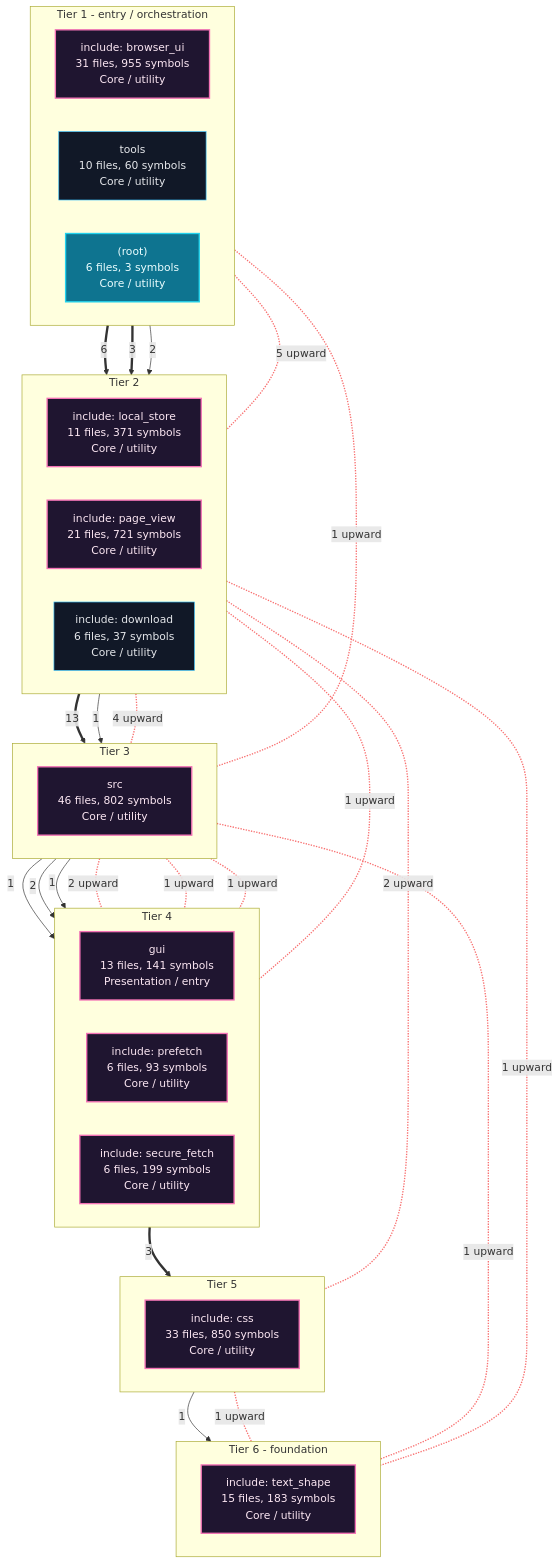
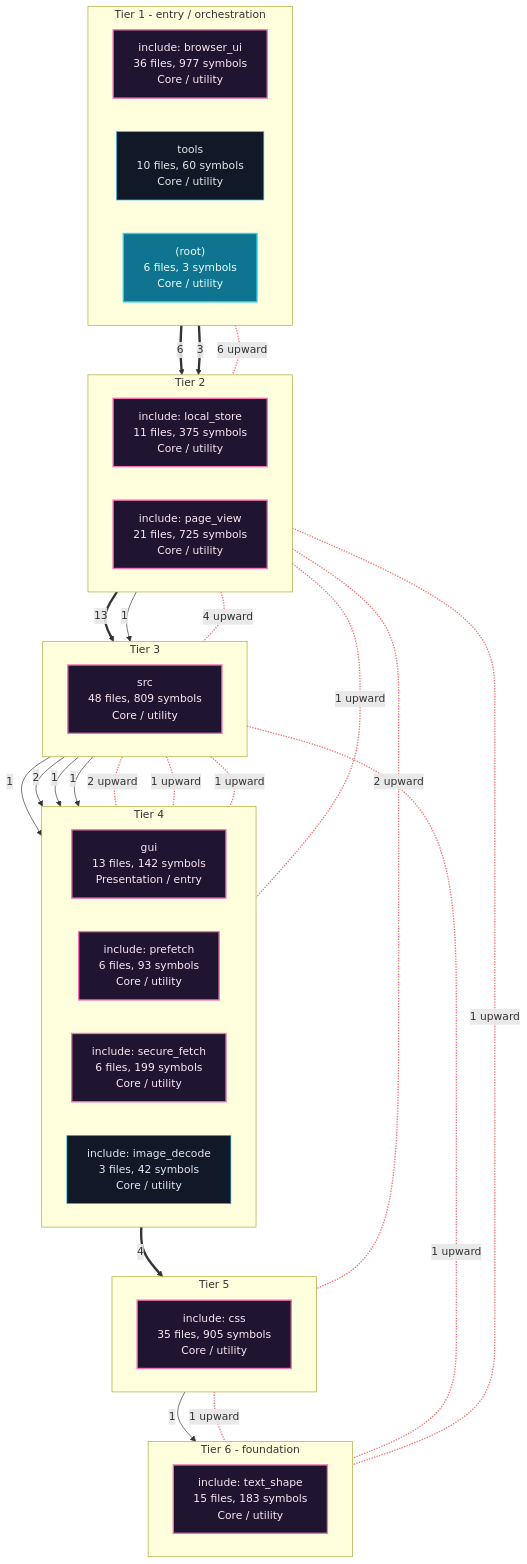
The first of 7 diagrams in readmenator-apidocs/architecture.md (grisuno/FreeDom), drawn with Mermaid before and after one commit. The commit also changed other lines of this file and 1370 other files, not shown here.

````diff
--- a/readmenator-apidocs/architecture.md
+++ b/readmenator-apidocs/architecture.md
@@ -11,63 +11,62 @@
 ```mermaid
 flowchart TB
     classDef cycle fill:#1f1530,stroke:#f472b6,color:#fce7f3,stroke-width:2px;
     classDef default fill:#111827,stroke:#38bdf8,color:#e5e7eb;
     classDef entry fill:#0e7490,stroke:#22d3ee,color:#ecfeff,stroke-width:2px;
     subgraph lane_0["Tier 1 - entry / orchestration"]
         direction LR
-        n_c2["include: browser_ui<br/>31 files, 955 symbols<br/>Core / utility"]:::cycle
+        n_c1["include: browser_ui<br/>36 files, 977 symbols<br/>Core / utility"]:::cycle
         n_d_tools["tools<br/>10 files, 60 symbols<br/>Core / utility"]:::default
         n_d__root_["(root)<br/>6 files, 3 symbols<br/>Core / utility"]:::entry
     end
     subgraph lane_1["Tier 2"]
         direction LR
-        n_c5["include: local_store<br/>11 files, 371 symbols<br/>Core / utility"]:::cycle
-        n_c3["include: page_view<br/>21 files, 721 symbols<br/>Core / utility"]:::cycle
-        n_c8["include: download<br/>6 files, 37 symbols<br/>Core / utility"]:::default
+        n_c5["include: local_store<br/>11 files, 375 symbols<br/>Core / utility"]:::cycle
+        n_c3["include: page_view<br/>21 files, 725 symbols<br/>Core / utility"]:::cycle
     end
     subgraph lane_2["Tier 3"]
         direction LR
-        n_c0["src<br/>46 files, 802 symbols<br/>Core / utility"]:::cycle
+        n_c0["src<br/>48 files, 809 symbols<br/>Core / utility"]:::cycle
     end
     subgraph lane_3["Tier 4"]
         direction LR
-        n_c6["gui<br/>13 files, 141 symbols<br/>Presentation / entry"]:::cycle
-        n_c9["include: prefetch<br/>6 files, 93 symbols<br/>Core / utility"]:::cycle
+        n_c6["gui<br/>13 files, 142 symbols<br/>Presentation / entry"]:::cycle
+        n_c8["include: prefetch<br/>6 files, 93 symbols<br/>Core / utility"]:::cycle
         n_c7["include: secure_fetch<br/>6 files, 199 symbols<br/>Core / utility"]:::cycle
+        n_c9["include: image_decode<br/>3 files, 42 symbols<br/>Core / utility"]:::default
     end
     subgraph lane_4["Tier 5"]
         direction LR
-        n_c1["include: css<br/>33 files, 850 symbols<br/>Core / utility"]:::cycle
+        n_c2["include: css<br/>35 files, 905 symbols<br/>Core / utility"]:::cycle
     end
     subgraph lane_5["Tier 6 - foundation"]
         direction LR
         n_c4["include: text_shape<br/>15 files, 183 symbols<br/>Core / utility"]:::cycle
     end
     n_c0 -->|"1"| n_c6
     n_c0 -->|"2"| n_c7
+    n_c0 -->|"1"| n_c8
     n_c0 -->|"1"| n_c9
-    n_c1 -->|"1"| n_c4
-    n_c2 ==>|"6"| n_c3
-    n_c2 ==>|"3"| n_c5
-    n_c2 -->|"2"| n_c8
+    n_c1 ==>|"6"| n_c3
+    n_c1 ==>|"3"| n_c5
+    n_c2 -->|"1"| n_c4
     n_c3 ==>|"13"| n_c0
     n_c5 -->|"1"| n_c0
-    n_c6 ==>|"3"| n_c1
-    n_c2 <-.-|"1 upward"| n_c0
+    n_c6 ==>|"4"| n_c2
     n_c3 <-.-|"4 upward"| n_c0
-    n_c3 <-.-|"2 upward"| n_c1
-    n_c2 <-.-|"5 upward"| n_c3
+    n_c3 <-.-|"2 upward"| n_c2
+    n_c1 <-.-|"6 upward"| n_c3
     n_c0 <-.-|"1 upward"| n_c4
-    n_c1 <-.-|"1 upward"| n_c4
+    n_c2 <-.-|"1 upward"| n_c4
     n_c3 <-.-|"1 upward"| n_c4
     n_c0 <-.-|"2 upward"| n_c6
     n_c3 <-.-|"1 upward"| n_c6
     n_c0 <-.-|"1 upward"| n_c7
-    n_c0 <-.-|"1 upward"| n_c9
-    linkStyle 10,11,12,13,14,15,16,17,18,19,20 stroke:#f87171,stroke-width:2px;
-    n_c2 ~~~ n_c5
+    n_c0 <-.-|"1 upward"| n_c8
+    linkStyle 10,11,12,13,14,15,16,17,18,19 stroke:#f87171,stroke-width:2px;
+    n_c1 ~~~ n_c5
     n_c5 ~~~ n_c0
     n_c0 ~~~ n_c6
-    n_c6 ~~~ n_c1
-    n_c1 ~~~ n_c4
+    n_c6 ~~~ n_c2
+    n_c2 ~~~ n_c4
 ```
````
